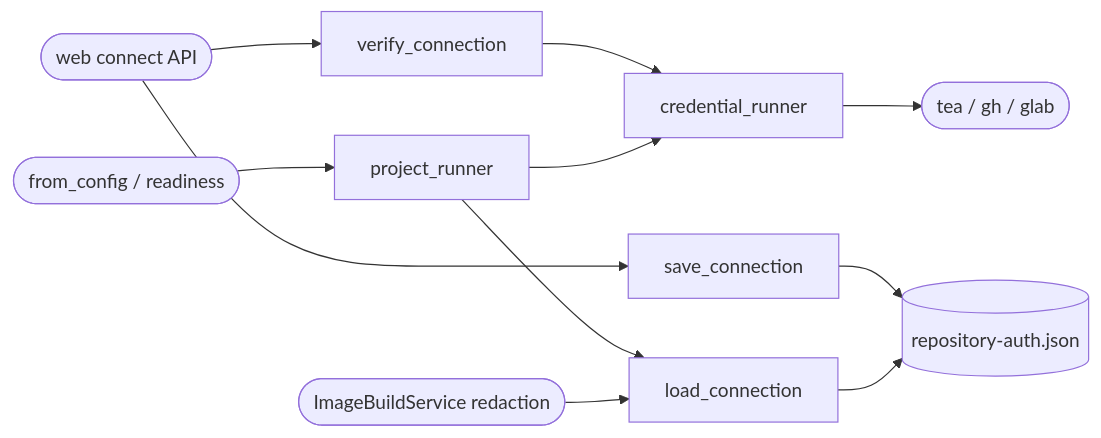
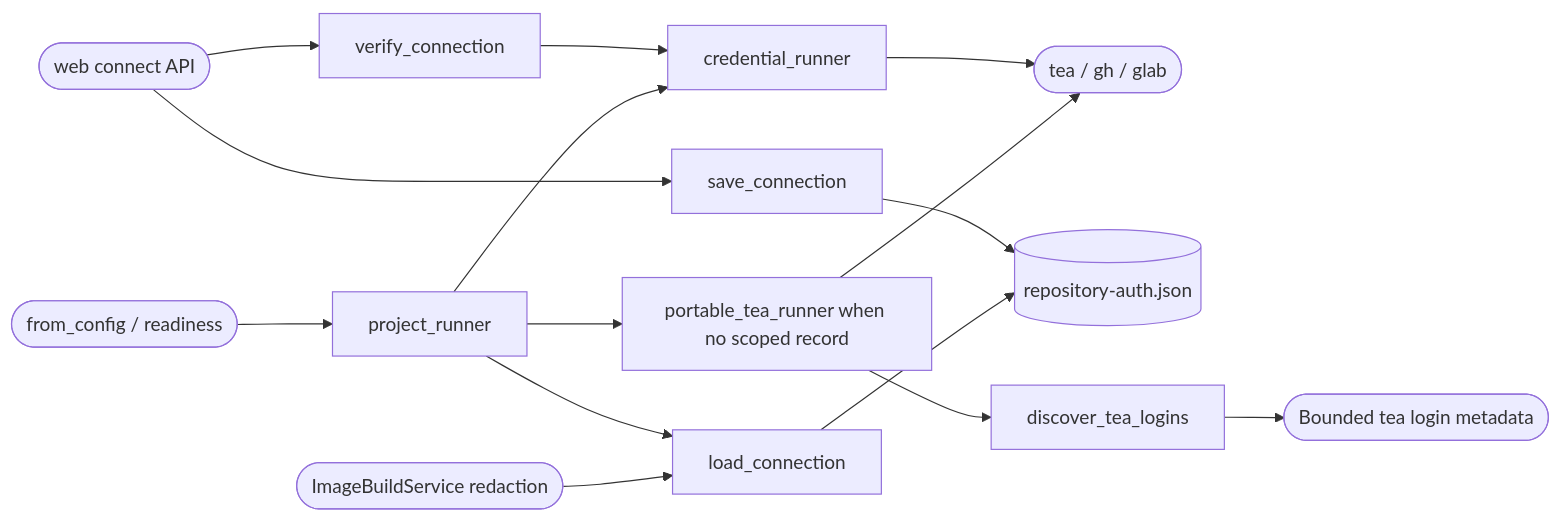
Before and after one commit to DDP-Engineering/AgenticDeliveryOrchestratorRuntimeEngine: the diagram in .agentic/knowledge/repository-auth.md, drawn with Mermaid. The commit also changed other lines of this file and 335 other files, not shown here.

````diff
--- a/.agentic/knowledge/repository-auth.md
+++ b/.agentic/knowledge/repository-auth.md
@@ -52,13 +53,17 @@
 ```mermaid
 flowchart LR
     api([web connect API]) --> verify[verify_connection]
     verify --> runner[credential_runner]
     runner --> cli([tea / gh / glab])
     api --> save[save_connection]
     save --> secret[(repository-auth.json)]
     engine([from_config / readiness]) --> load[project_runner]
     load --> read[load_connection]
     read --> secret
     images([ImageBuildService redaction]) --> read
     load --> runner
+    load --> external[portable_tea_runner when no scoped record]
+    external --> discovery[discover_tea_logins]
+    discovery --> metadata([Bounded tea login metadata])
+    external --> cli
 ```
````
